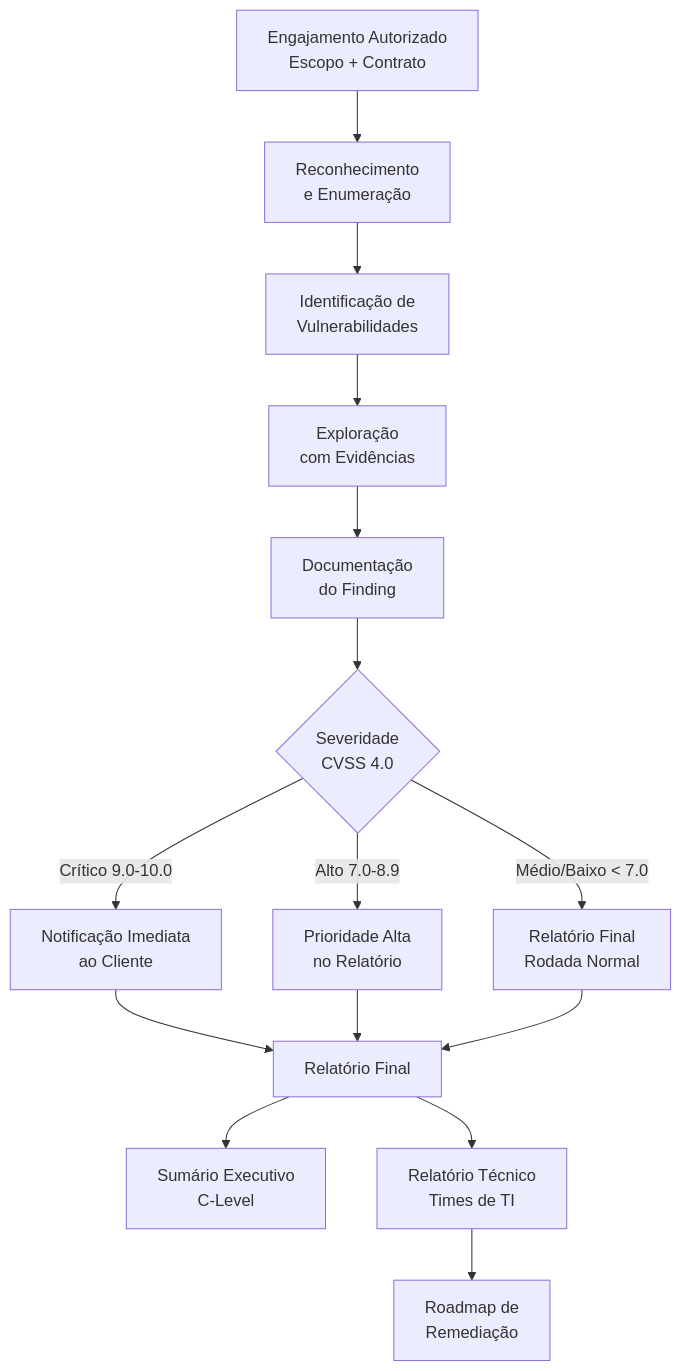
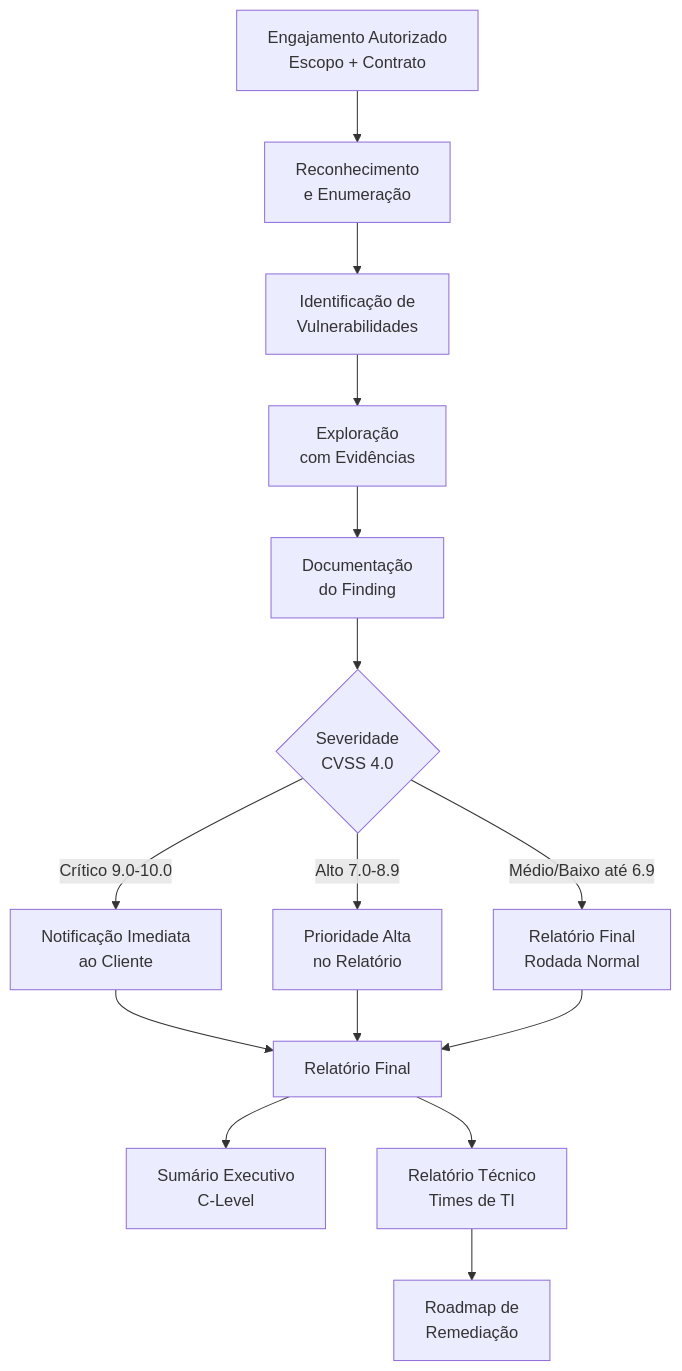
One commit to wesleyfolly/aulas changed the first of 3 diagrams in content/Tópicos/Segurança da informação/Documentação Report.md. Above: the diagram before and after it, drawn with Mermaid. The commit also changed other lines of this file, not shown here.

Commit message:
Documentação Report: corrige syntax error do quadrantChart (parênteses) + <br/> nos flowcharts

````diff
--- a/content/Tópicos/Segurança da informação/Documentação Report.md
+++ b/content/Tópicos/Segurança da informação/Documentação Report.md
@@ -74,17 +74,17 @@
 ```mermaid
 flowchart TD
-    A[Engajamento Autorizado\nEscopo + Contrato] --> B[Reconhecimento\ne Enumeração]
-    B --> C[Identificação de\nVulnerabilidades]
-    C --> D[Exploração\ncom Evidências]
-    D --> E[Documentação\ndo Finding]
-    E --> F{Severidade\nCVSS 4.0}
-    F -->|Crítico 9.0-10.0| G[Notificação Imediata\nao Cliente]
-    F -->|Alto 7.0-8.9| H[Prioridade Alta\nno Relatório]
-    F -->|Médio/Baixo < 7.0| I[Relatório Final\nRodada Normal]
-    G --> J[Relatório Final]
+    A["Engajamento Autorizado<br/>Escopo + Contrato"] --> B["Reconhecimento<br/>e Enumeração"]
+    B --> C["Identificação de<br/>Vulnerabilidades"]
+    C --> D["Exploração<br/>com Evidências"]
+    D --> E["Documentação<br/>do Finding"]
+    E --> F{"Severidade<br/>CVSS 4.0"}
+    F -->|Crítico 9.0-10.0| G["Notificação Imediata<br/>ao Cliente"]
+    F -->|Alto 7.0-8.9| H["Prioridade Alta<br/>no Relatório"]
+    F -->|Médio/Baixo até 6.9| I["Relatório Final<br/>Rodada Normal"]
+    G --> J["Relatório Final"]
     H --> J
     I --> J
-    J --> K[Sumário Executivo\nC-Level]
-    J --> L[Relatório Técnico\nTimes de TI]
-    L --> M[Roadmap de\nRemediação]
+    J --> K["Sumário Executivo<br/>C-Level"]
+    J --> L["Relatório Técnico<br/>Times de TI"]
+    L --> M["Roadmap de<br/>Remediação"]
 ```
````
